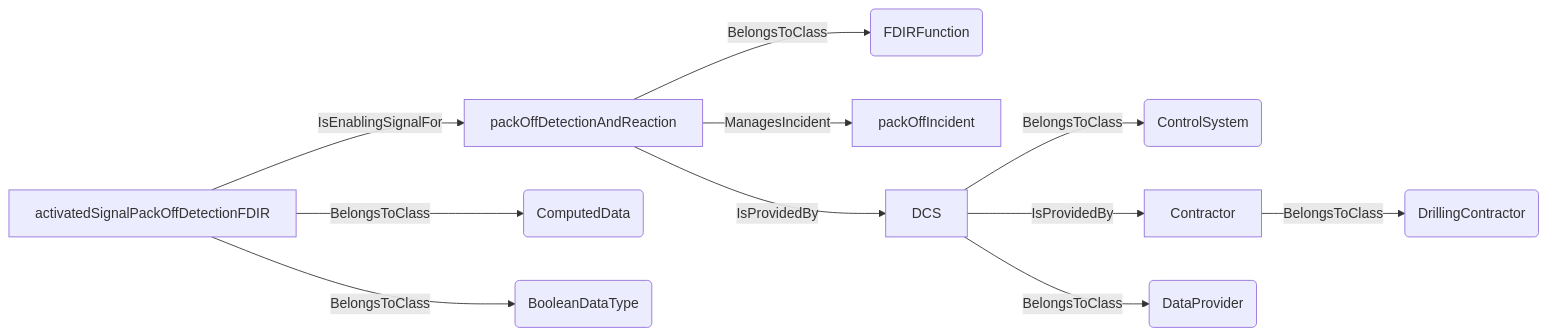
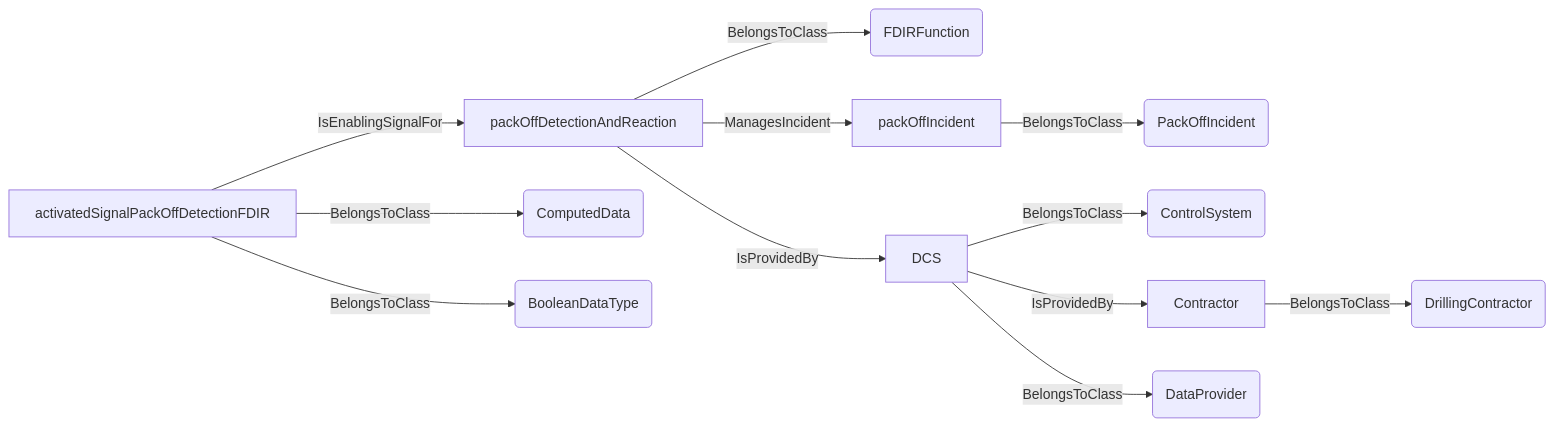
Before and after one commit to D-WIS/DDHub-Semantic-Interoperability: diagram 12 of 20 in docs/vocabulary_development/auto-generated/md/definition-files/ADCS.md, drawn with Mermaid. The commit also changed other lines of this file and 14 other files, not shown here.

````diff
--- a/docs/vocabulary_development/auto-generated/md/definition-files/ADCS.md
+++ b/docs/vocabulary_development/auto-generated/md/definition-files/ADCS.md
@@ -485,13 +498,14 @@
 ```mermaid
 graph LR
 	N0000[packOffDetectionAndReaction] -->|BelongsToClass| N0001(FDIRFunction) 
+	N0002[packOffIncident] -->|BelongsToClass| N0003(PackOffIncident) 
 	N0000[packOffDetectionAndReaction] -->|ManagesIncident| N0002[packOffIncident] 
-	N0003[DCS] -->|BelongsToClass| N0004(ControlSystem) 
-	N0005[Contractor] -->|BelongsToClass| N0006(DrillingContractor) 
-	N0003[DCS] -->|IsProvidedBy| N0005[Contractor] 
-	N0003[DCS] -->|BelongsToClass| N0007(DataProvider) 
-	N0000[packOffDetectionAndReaction] -->|IsProvidedBy| N0003[DCS] 
-	N0008[activatedSignalPackOffDetectionFDIR] -->|BelongsToClass| N0009(ComputedData) 
-	N0008[activatedSignalPackOffDetectionFDIR] -->|BelongsToClass| N0010(BooleanDataType) 
-	N0008[activatedSignalPackOffDetectionFDIR] -->|IsEnablingSignalFor| N0000[packOffDetectionAndReaction] 
+	N0004[DCS] -->|BelongsToClass| N0005(ControlSystem) 
+	N0006[Contractor] -->|BelongsToClass| N0007(DrillingContractor) 
+	N0004[DCS] -->|IsProvidedBy| N0006[Contractor] 
+	N0004[DCS] -->|BelongsToClass| N0008(DataProvider) 
+	N0000[packOffDetectionAndReaction] -->|IsProvidedBy| N0004[DCS] 
+	N0009[activatedSignalPackOffDetectionFDIR] -->|BelongsToClass| N0010(ComputedData) 
+	N0009[activatedSignalPackOffDetectionFDIR] -->|BelongsToClass| N0011(BooleanDataType) 
+	N0009[activatedSignalPackOffDetectionFDIR] -->|IsEnablingSignalFor| N0000[packOffDetectionAndReaction] 
 ```
````
